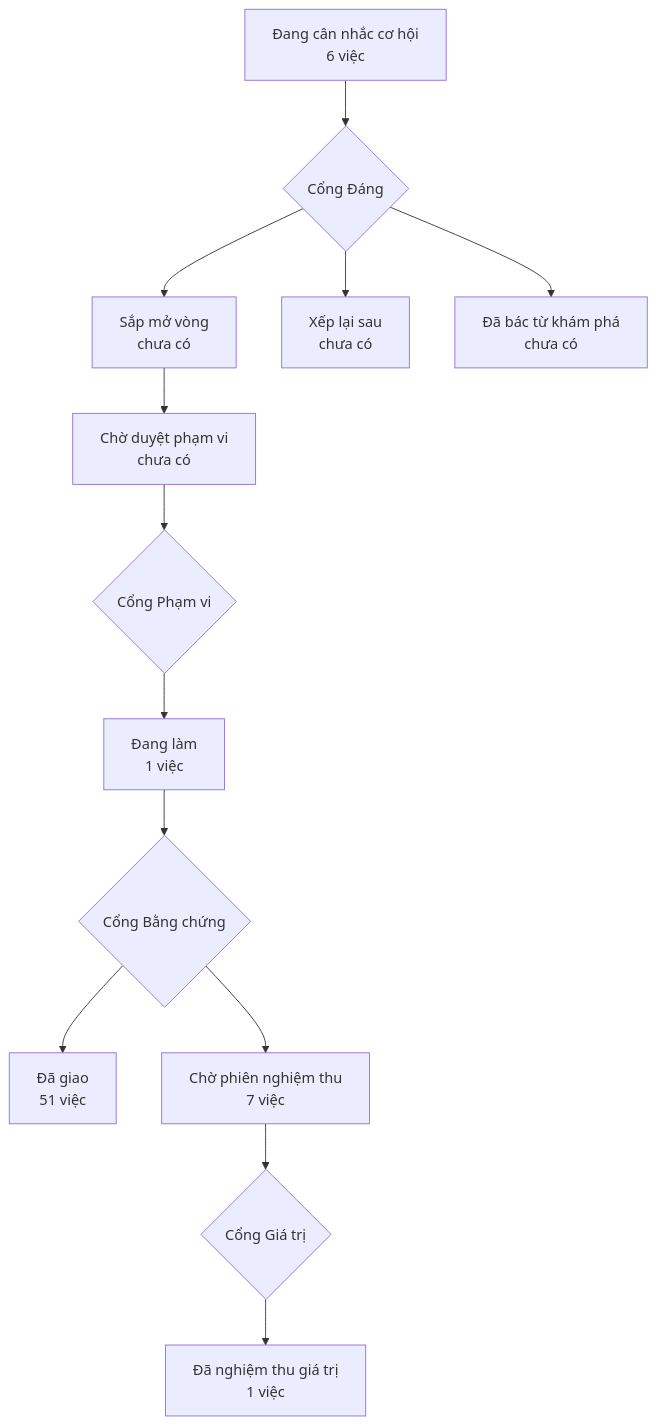
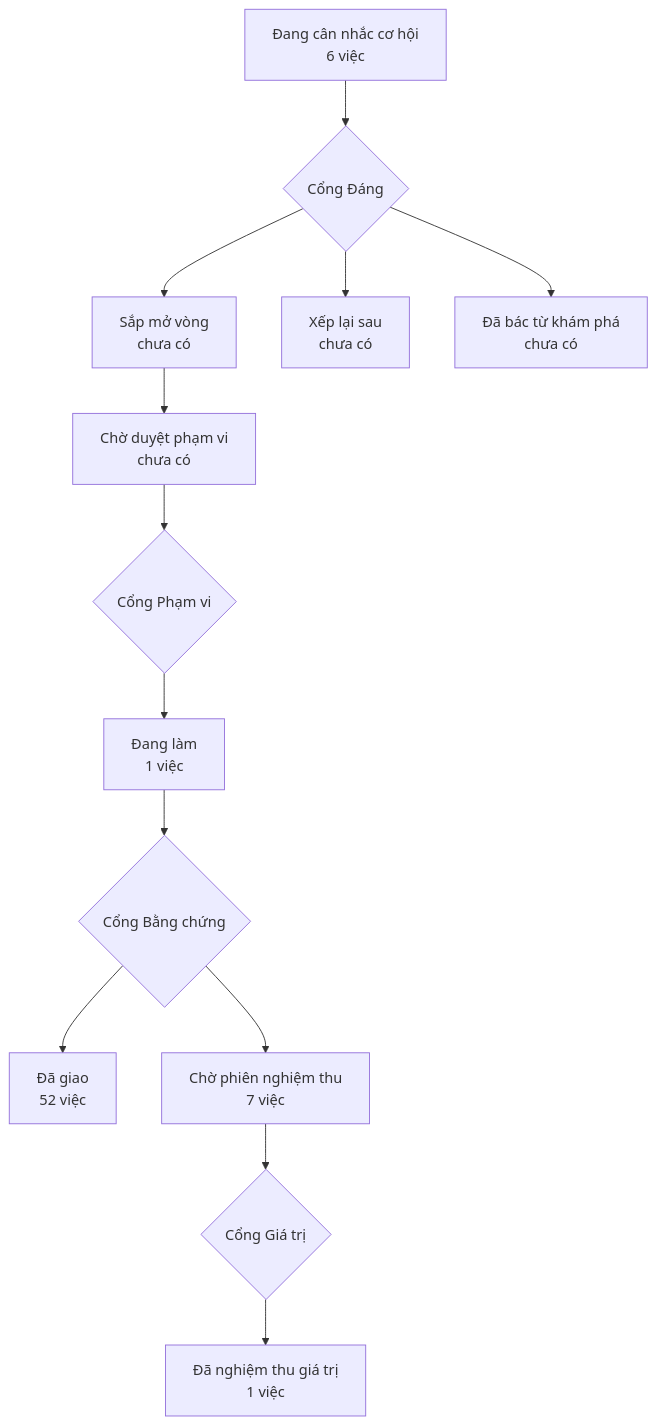
One commit to phanlemanh/crm-onehub changed the diagram in PRODUCT-MAP.md. Above: the diagram before and after it, drawn with Mermaid.

Commit message:
chore: ve lai PRODUCT-MAP sau khi hop nhat onehub PR 89

````diff
--- a/PRODUCT-MAP.md
+++ b/PRODUCT-MAP.md
@@ -6,12 +6,12 @@
 ```mermaid
 flowchart TD
   A["Đang cân nhắc cơ hội<br/>6 việc"] --> GD{"Cổng Đáng"}
   GD --> B["Sắp mở vòng<br/>chưa có"]
   GD --> XL["Xếp lại sau<br/>chưa có"]
   GD --> DB["Đã bác từ khám phá<br/>chưa có"]
   B --> CD["Chờ duyệt phạm vi<br/>chưa có"] --> GP{"Cổng Phạm vi"}
   GP --> DL["Đang làm<br/>1 việc"] --> GB{"Cổng Bằng chứng"}
-  GB --> DG["Đã giao<br/>51 việc"]
+  GB --> DG["Đã giao<br/>52 việc"]
   GB --> CN["Chờ phiên nghiệm thu<br/>7 việc"] --> GG{"Cổng Giá trị"}
   GG --> NT["Đã nghiệm thu giá trị<br/>1 việc"]
 ```
````
